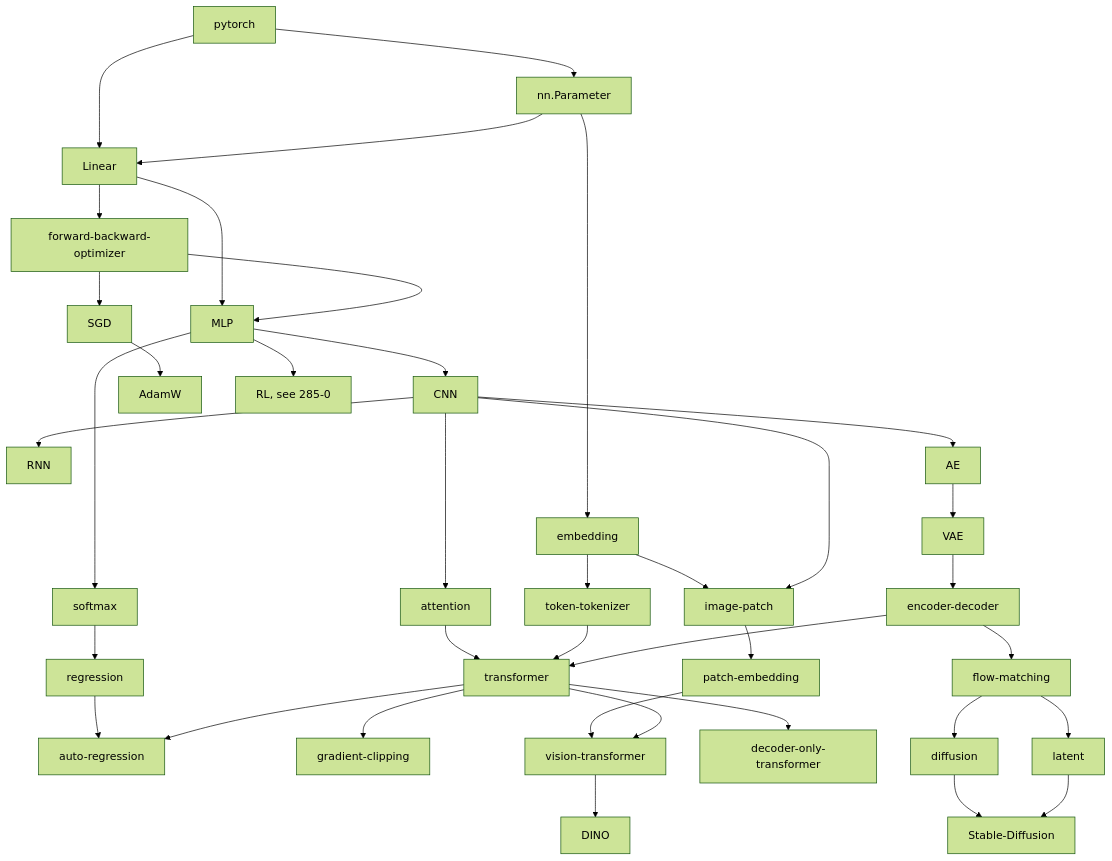
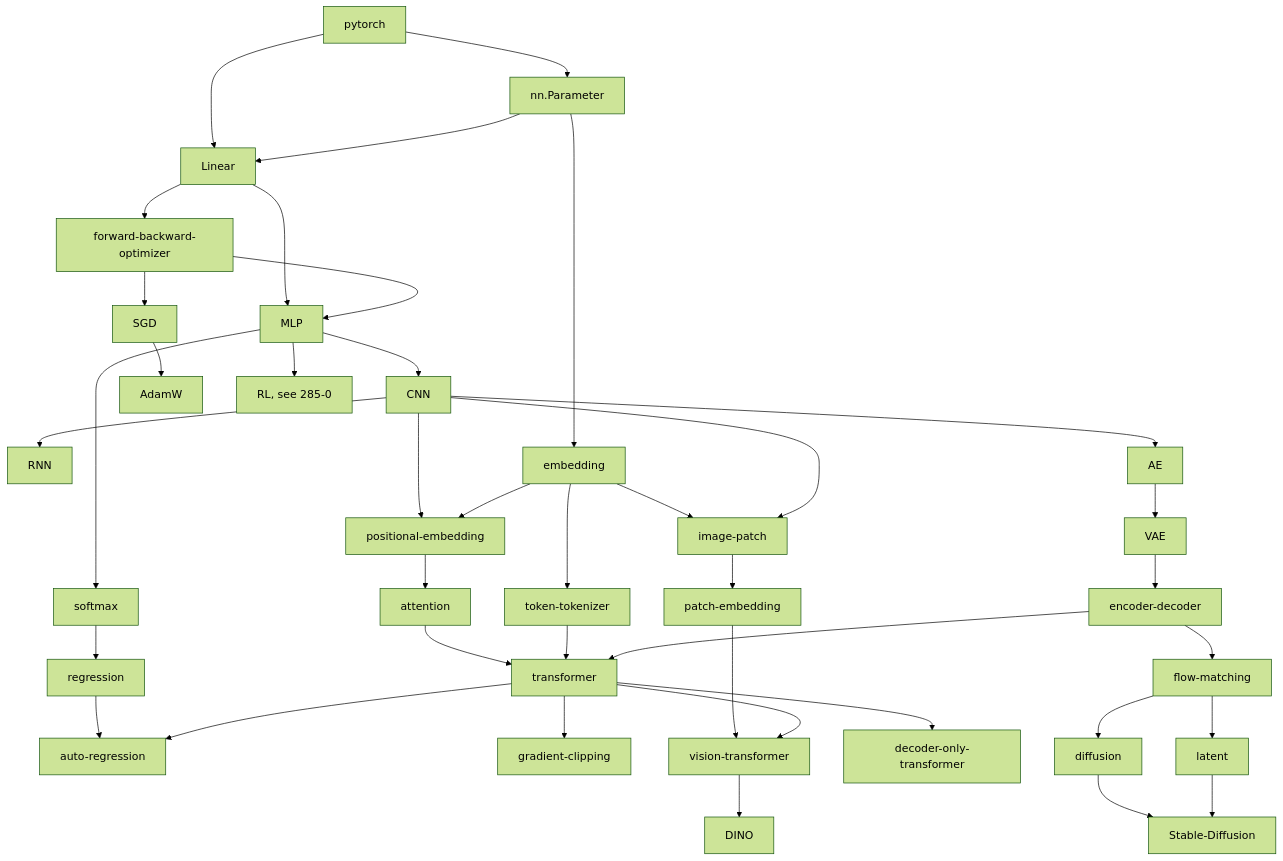
Before and after one commit to julyfun/how-to: the first of 2 diagrams in 26/09/lets-establish-a-common-language.md, drawn with Mermaid (forest theme). The commit also changed 1 other file, not shown here.

Commit message:
M 26/09/lets-establish-a-common-language.md | M papers/papers-batch-9.md

````diff
--- a/26/09/lets-establish-a-common-language.md
+++ b/26/09/lets-establish-a-common-language.md
@@ -11,19 +11,19 @@
 ```mermaid
 flowchart TD
   pytorch --> Linear --> MLP --> CNN --> RNN
   MLP --> softmax --> regression --> auto-regression
   Linear --> forward-backward-optimizer --> MLP & SGD
   SGD --> AdamW
   MLP --> RL[RL, see 285-0]
   transformer --> gradient-clipping
   nn.Parameter --> embedding --> image-patch
   CNN --> image-patch --> patch-embedding --> vision-transformer
   pytorch --> nn.Parameter --> Linear
-  CNN --> attention --> transformer --> vision-transformer --> DINO
+  CNN & embedding --> positional-embedding --> attention --> transformer --> vision-transformer --> DINO
   embedding --> token-tokenizer --> transformer --> decoder-only-transformer
   encoder-decoder --> transformer
   transformer --> auto-regression
   CNN --> AE --> VAE --> encoder-decoder --> flow-matching --> diffusion
   flow-matching --> latent
   diffusion & latent --> Stable-Diffusion
 ```
````
